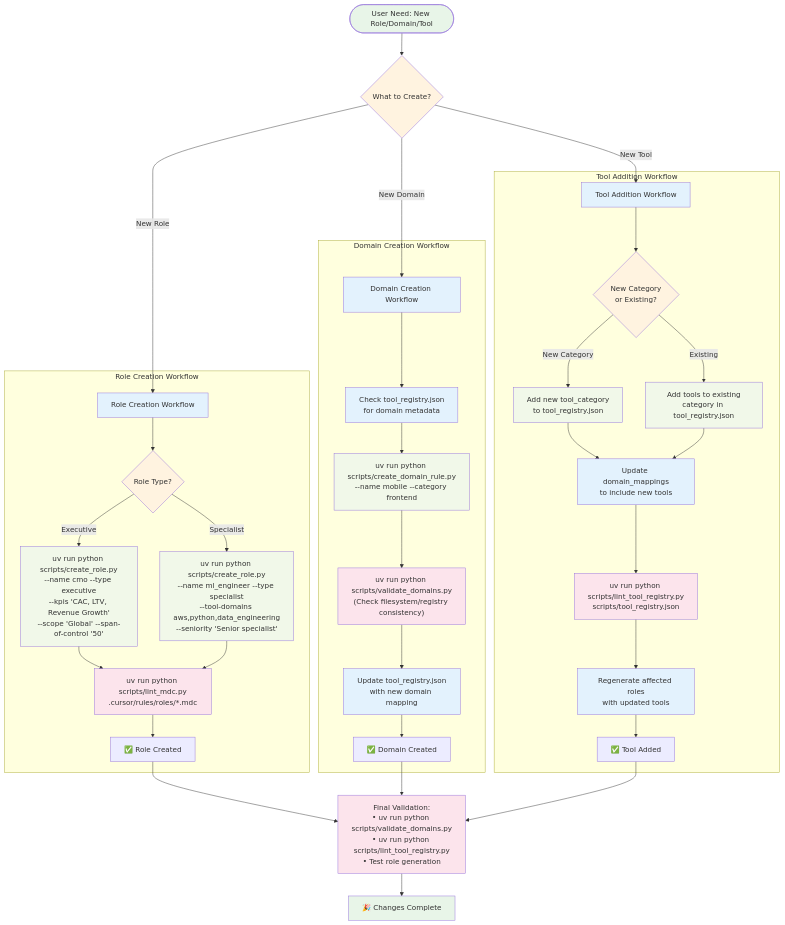
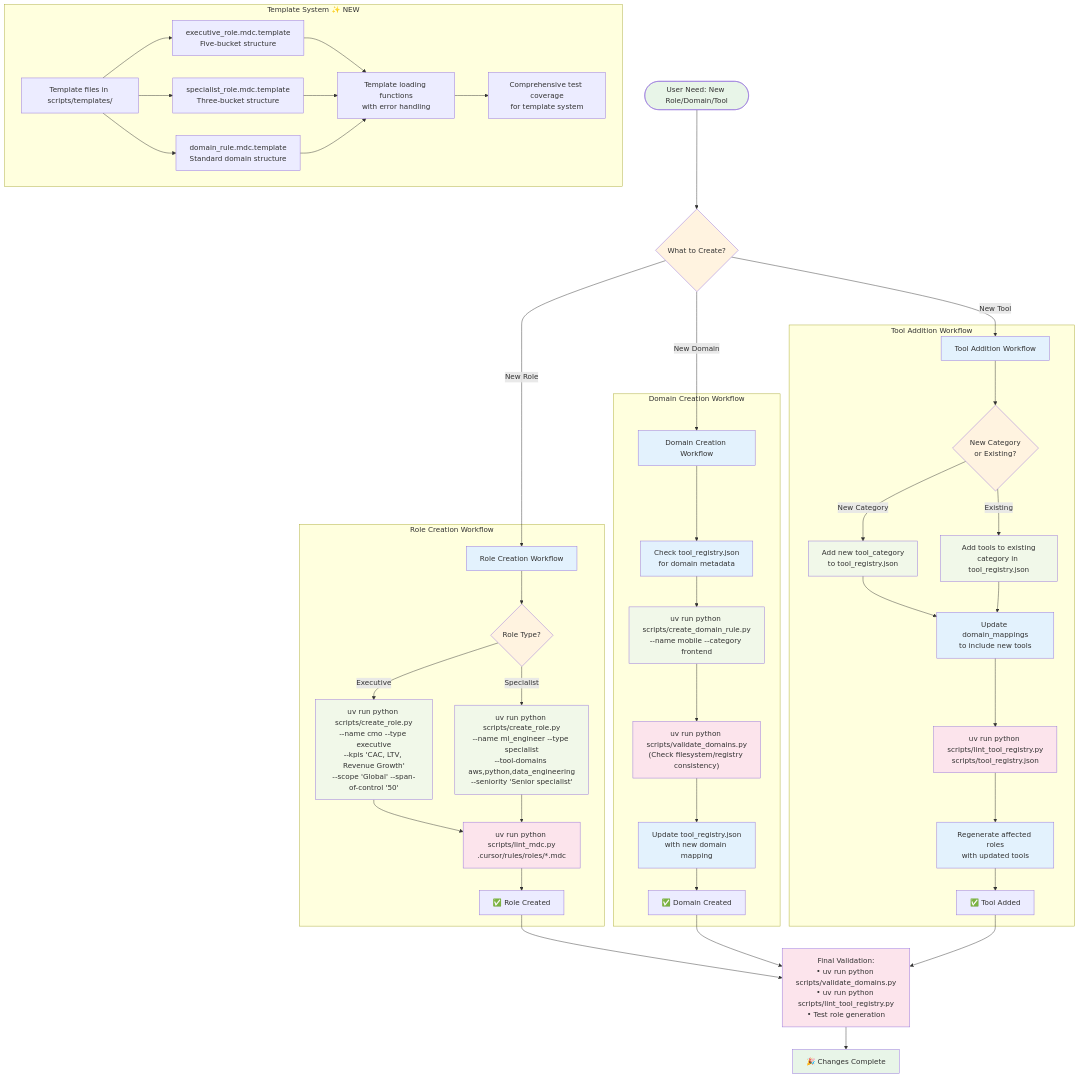
One commit to asimonDLT/cursor-rules changed the fifth of 5 diagrams in README.md. Above: the diagram before and after it, drawn with Mermaid. The commit also changed other lines of this file and 33 other files, not shown here.

First line of the commit message:
feat: implement v2.5 architecture with metadata-driven governance and three-bucket organization

````diff
--- a/README.md
+++ b/README.md
@@ -400,59 +577,71 @@
 ```mermaid
 flowchart TD
     START([User Need: New Role/Domain/Tool]) --> DECISION{What to Create?}
     
     DECISION -->|New Role| ROLE_FLOW[Role Creation Workflow]
     DECISION -->|New Domain| DOMAIN_FLOW[Domain Creation Workflow]
     DECISION -->|New Tool| TOOL_FLOW[Tool Addition Workflow]
     
     subgraph "Role Creation Workflow"
         ROLE_FLOW --> ROLE_TYPE{Role Type?}
         ROLE_TYPE -->|Executive| EXEC_CMD["uv run python scripts/create_role.py<br/>--name cmo --type executive<br/>--kpis 'CAC, LTV, Revenue Growth'<br/>--scope 'Global' --span-of-control '50'"]
         ROLE_TYPE -->|Specialist| SPEC_CMD["uv run python scripts/create_role.py<br/>--name ml_engineer --type specialist<br/>--tool-domains aws,python,data_engineering<br/>--seniority 'Senior specialist'"]
         
         EXEC_CMD --> ROLE_VALIDATE
         SPEC_CMD --> ROLE_VALIDATE
         ROLE_VALIDATE["uv run python scripts/lint_mdc.py<br/>.cursor/rules/roles/*.mdc"]
         ROLE_VALIDATE --> ROLE_DONE[✅ Role Created]
     end
     
     subgraph "Domain Creation Workflow"
         DOMAIN_FLOW --> DOMAIN_CHECK["Check tool_registry.json<br/>for domain metadata"]
         DOMAIN_CHECK --> DOMAIN_CMD["uv run python scripts/create_domain_rule.py<br/>--name mobile --category frontend"]
         DOMAIN_CMD --> DOMAIN_VALIDATE["uv run python scripts/validate_domains.py<br/>(Check filesystem/registry consistency)"]
         DOMAIN_VALIDATE --> DOMAIN_UPDATE["Update tool_registry.json<br/>with new domain mapping"]
         DOMAIN_UPDATE --> DOMAIN_DONE[✅ Domain Created]
     end
     
     subgraph "Tool Addition Workflow"
         TOOL_FLOW --> TOOL_CATEGORY{New Category<br/>or Existing?}
         TOOL_CATEGORY -->|New Category| NEW_CAT["Add new tool_category<br/>to tool_registry.json"]
         TOOL_CATEGORY -->|Existing| EXISTING_CAT["Add tools to existing<br/>category in tool_registry.json"]
         
         NEW_CAT --> TOOL_MAPPING
         EXISTING_CAT --> TOOL_MAPPING
         TOOL_MAPPING["Update domain_mappings<br/>to include new tools"]
         TOOL_MAPPING --> TOOL_VALIDATE["uv run python scripts/lint_tool_registry.py<br/>scripts/tool_registry.json"]
         TOOL_VALIDATE --> REGEN["Regenerate affected roles<br/>with updated tools"]
         REGEN --> TOOL_DONE[✅ Tool Added]
     end
     
+    subgraph "Template System ✨ NEW"
+        TEMPLATE_FLOW["Template files in scripts/templates/"]
+        TEMPLATE_FLOW --> EXEC_TEMPLATE["executive_role.mdc.template<br/>Five-bucket structure"]
+        TEMPLATE_FLOW --> SPEC_TEMPLATE["specialist_role.mdc.template<br/>Three-bucket structure"]
+        TEMPLATE_FLOW --> DOMAIN_TEMPLATE["domain_rule.mdc.template<br/>Standard domain structure"]
+        
+        EXEC_TEMPLATE --> TEMPLATE_LOAD["Template loading functions<br/>with error handling"]
+        SPEC_TEMPLATE --> TEMPLATE_LOAD
+        DOMAIN_TEMPLATE --> TEMPLATE_LOAD
+        TEMPLATE_LOAD --> TEMPLATE_TEST["Comprehensive test coverage<br/>for template system"]
+    end
+    
     ROLE_DONE --> FINAL_VALIDATE
     DOMAIN_DONE --> FINAL_VALIDATE
     TOOL_DONE --> FINAL_VALIDATE
     
     FINAL_VALIDATE["Final Validation:<br/>• uv run python scripts/validate_domains.py<br/>• uv run python scripts/lint_tool_registry.py<br/>• Test role generation"]
     FINAL_VALIDATE --> SUCCESS[🎉 Changes Complete]
     
     classDef startEnd fill:#e8f5e8
     classDef decision fill:#fff3e0
     classDef process fill:#e3f2fd
     classDef command fill:#f1f8e9
     classDef validate fill:#fce4ec
     
     class START,SUCCESS startEnd
     class DECISION,ROLE_TYPE,TOOL_CATEGORY decision
     class ROLE_FLOW,DOMAIN_FLOW,TOOL_FLOW,DOMAIN_CHECK,DOMAIN_UPDATE,TOOL_MAPPING,REGEN process
     class EXEC_CMD,SPEC_CMD,DOMAIN_CMD,NEW_CAT,EXISTING_CAT command
     class ROLE_VALIDATE,DOMAIN_VALIDATE,TOOL_VALIDATE,FINAL_VALIDATE validate
 ```
````
